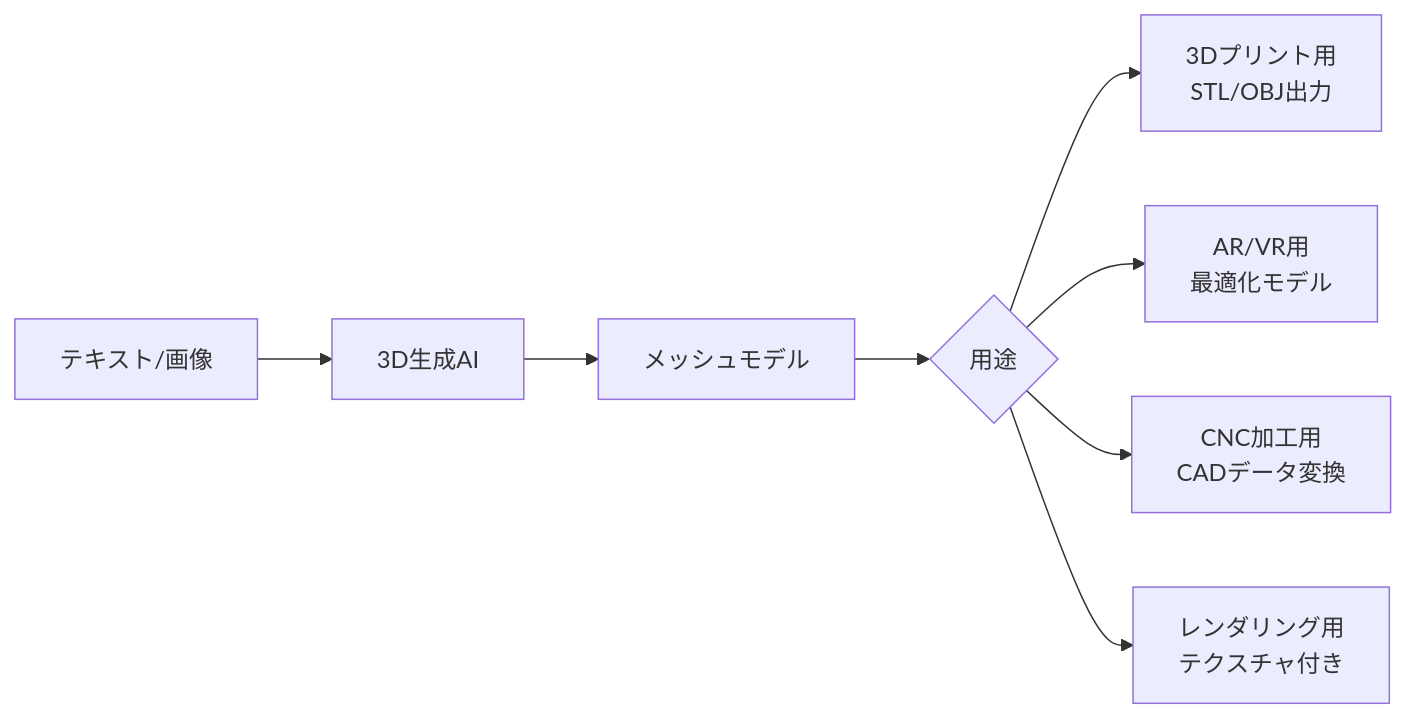
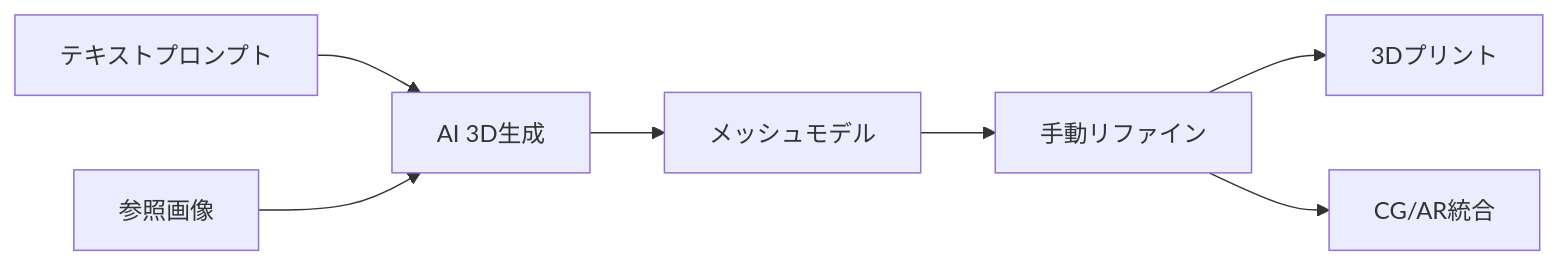
One commit to Hide-nu/Designer-curriculum changed the second of 4 diagrams in docs/books/04-critical-making/ch04-generative-ai-making.md. Above: the diagram before and after it, drawn with Mermaid. The commit also changed other lines of this file and 13 other files, not shown here.

````diff
--- a/docs/books/04-critical-making/ch04-generative-ai-making.md
+++ b/docs/books/04-critical-making/ch04-generative-ai-making.md
@@ -69,10 +49,9 @@
 ```mermaid
 graph LR
-    A[テキスト/画像] --> B[3D生成AI]
-    B --> C[メッシュモデル]
-    C --> D{用途}
-    D --> E[3Dプリント用<br>STL/OBJ出力]
-    D --> F[AR/VR用<br>最適化モデル]
-    D --> G[CNC加工用<br>CADデータ変換]
-    D --> H[レンダリング用<br>テクスチャ付き]
+    A[テキストプロンプト] --> B[AI 3D生成]
+    C[参照画像] --> B
+    B --> D[メッシュモデル]
+    D --> E[手動リファイン]
+    E --> F[3Dプリント]
+    E --> G[CG/AR統合]
 ```
````
